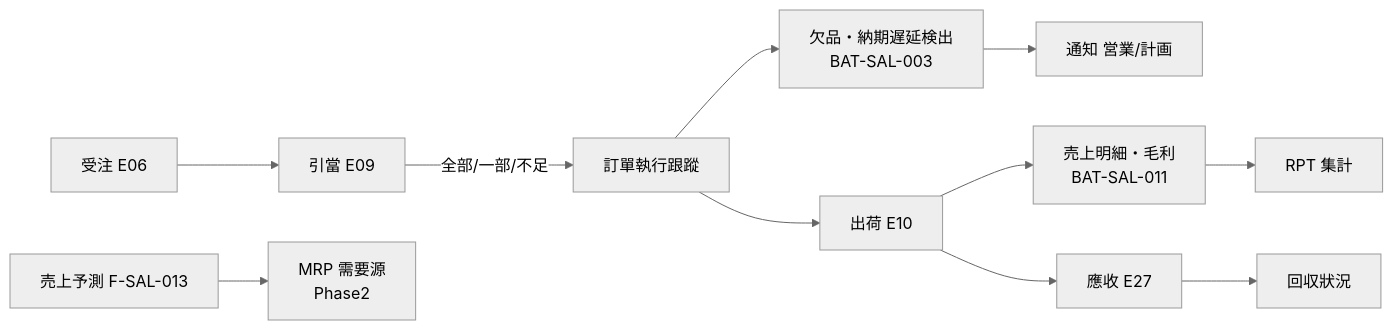
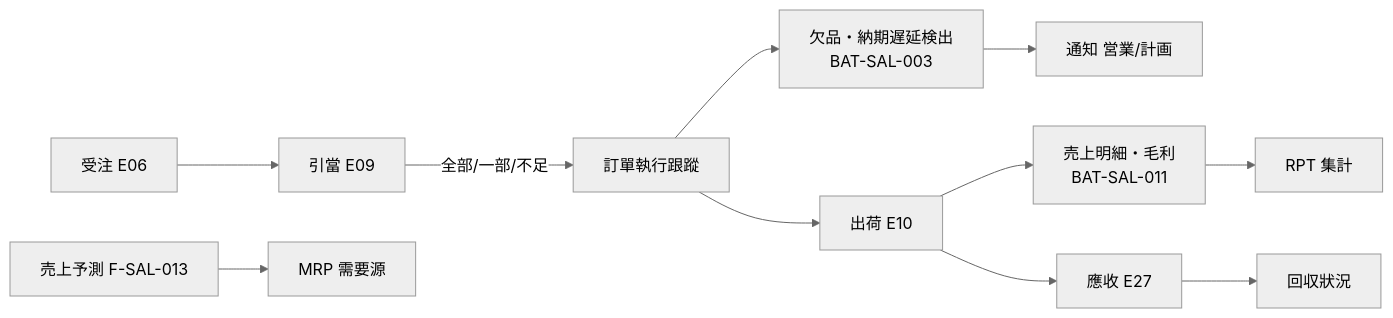
Before and after one commit to Akarin7784/stellar-erp: the first of 2 diagrams in docs/design/03-sales/07-tracking-reports.md, drawn with Mermaid (neutral theme). The commit also changed other lines of this file and 13 other files, not shown here.

````diff
--- a/docs/design/03-sales/07-tracking-reports.md
+++ b/docs/design/03-sales/07-tracking-reports.md
@@ -91,13 +91,13 @@
 ```mermaid
 flowchart LR
     A[受注 E06] --> B[引當 E09]
     B -->|全部/一部/不足| C[訂單執行跟蹤]
     C --> D[欠品・納期遅延検出<br/>BAT-SAL-003]
     D --> E[通知 営業/計画]
     C --> F[出荷 E10]
     F --> G[売上明細・毛利<br/>BAT-SAL-011]
     G --> H[RPT 集計]
-    I[売上予測 F-SAL-013] --> J[MRP 需要源<br/>Phase2]
+    I[売上予測 F-SAL-013] --> J[MRP 需要源<br/>]
     F --> K[應收 E27]
     K --> L[回収狀況]
 ```
````
